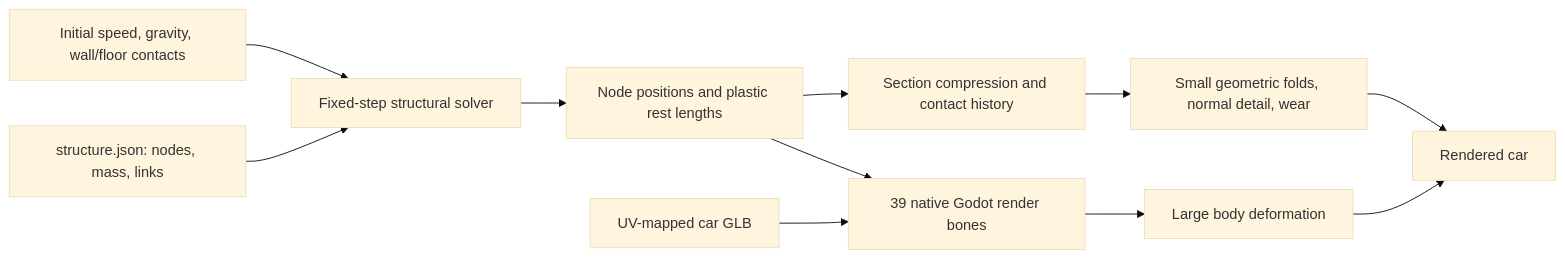
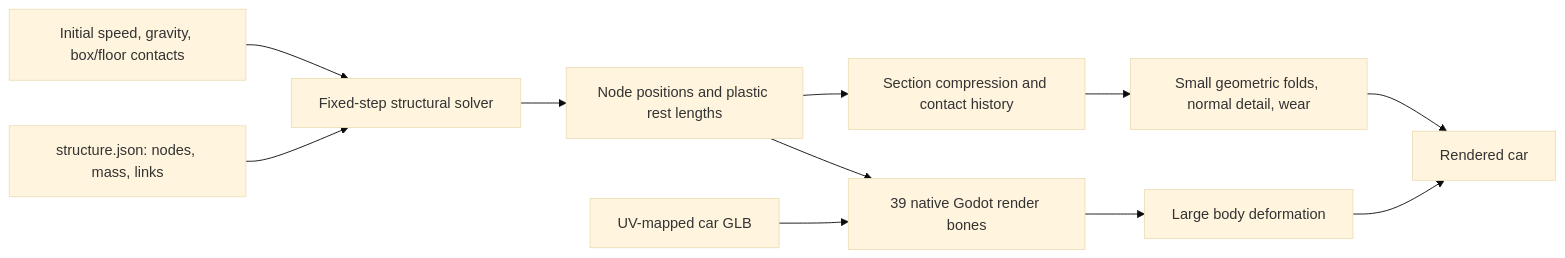
One commit to RoniSaroniemi/car-sim-lowpoly changed the diagram in docs/ARCHITECTURE.md. Above: the diagram before and after it, drawn with Mermaid (base theme). The commit also changed other lines of this file and 31 other files, not shown here.

````diff
--- a/docs/ARCHITECTURE.md
+++ b/docs/ARCHITECTURE.md
@@ -7,13 +7,13 @@
 ```mermaid
 flowchart LR
     A[structure.json: nodes, mass, links] --> B[Fixed-step structural solver]
-    C[Initial speed, gravity, wall/floor contacts] --> B
+    C[Initial speed, gravity, box/floor contacts] --> B
     B --> D[Node positions and plastic rest lengths]
     D --> E[39 native Godot render bones]
     F[UV-mapped car GLB] --> E
     E --> G[Large body deformation]
     D --> H[Section compression and contact history]
     H --> I[Small geometric folds, normal detail, wear]
     G --> J[Rendered car]
     I --> J
 ```
````
